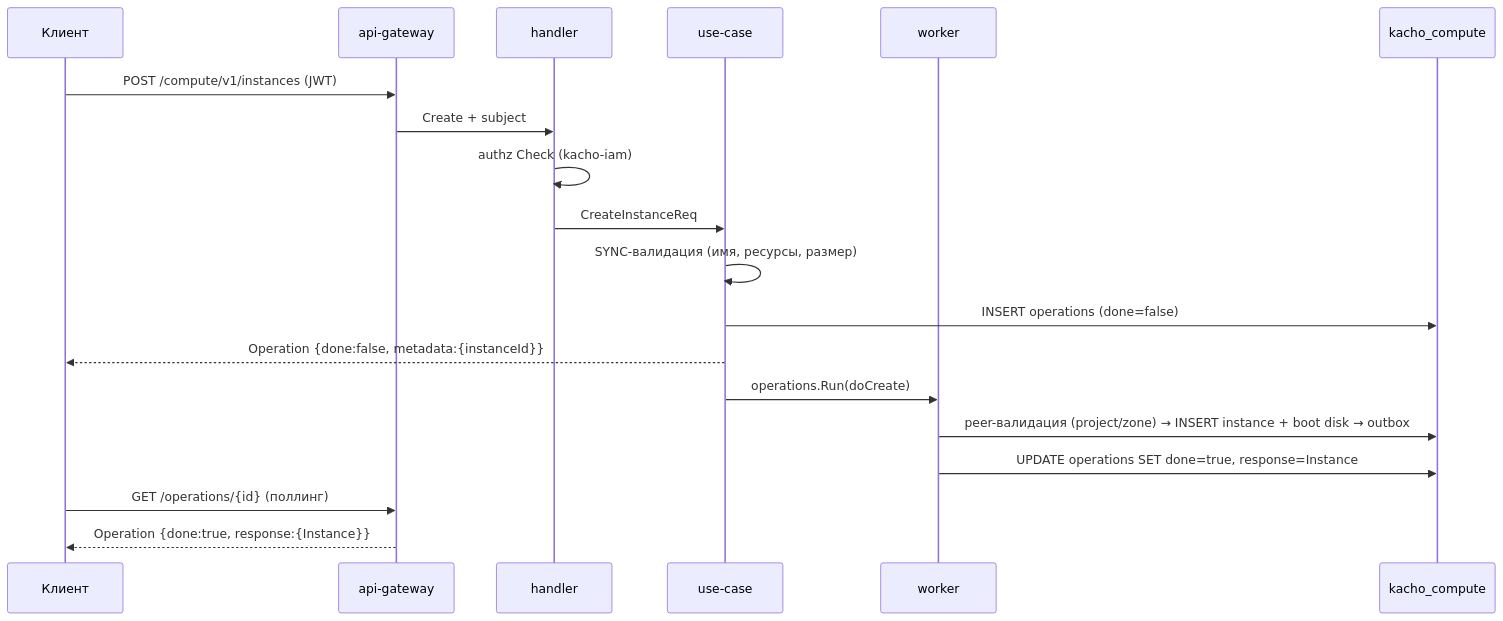
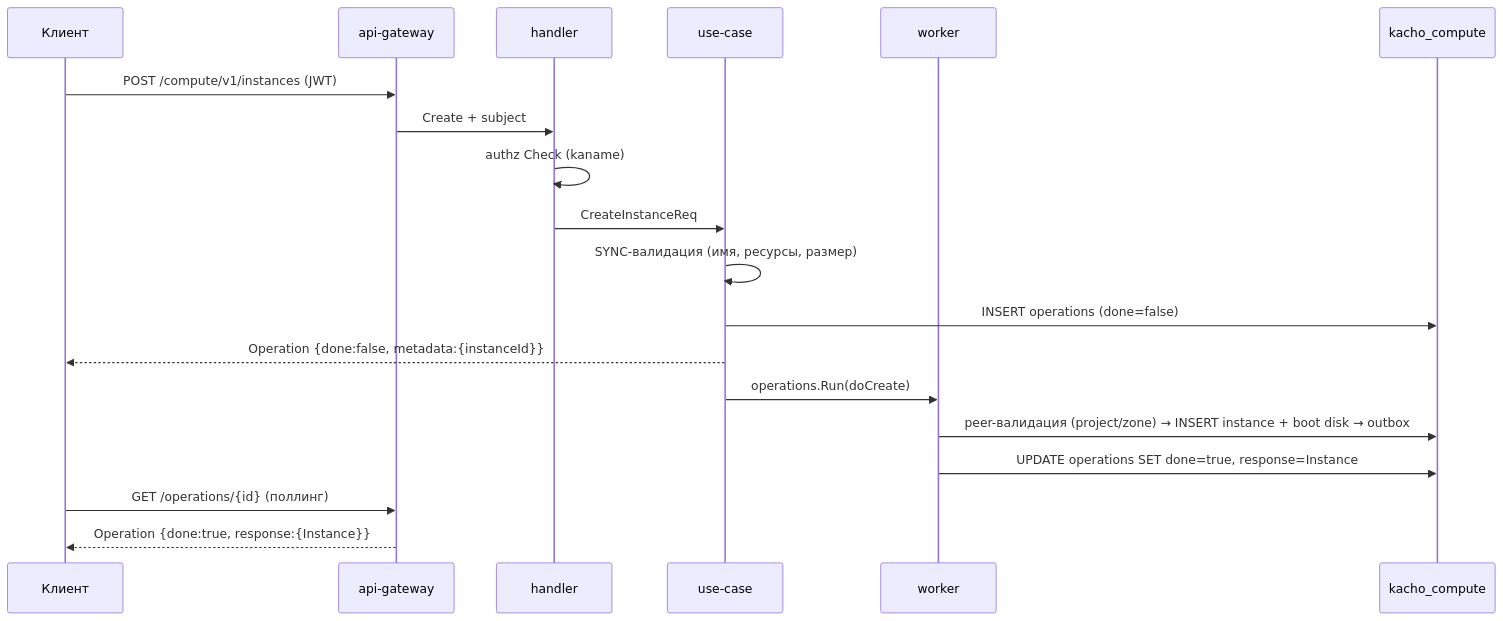
The third of 3 diagrams in services/compute/docs/content/architecture/overview.mdx (PRO-Robotech/kacho), drawn with Mermaid before and after one commit. The commit also changed other lines of this file and 5005 other files, not shown here.

````diff
--- a/services/compute/docs/content/architecture/overview.mdx
+++ b/services/compute/docs/content/architecture/overview.mdx
@@ -86,21 +86,21 @@
 ```mermaid
 sequenceDiagram
   participant C as Клиент
   participant G as api-gateway
   participant H as handler
   participant S as use-case
   participant W as worker
   participant DB as kacho_compute
   C->>G: POST /compute/v1/instances (JWT)
   G->>H: Create + subject
-  H->>H: authz Check (kacho-iam)
+  H->>H: authz Check (kaname)
   H->>S: CreateInstanceReq
   S->>S: SYNC-валидация (имя, ресурсы, размер)
   S->>DB: INSERT operations (done=false)
   S-->>C: Operation {done:false, metadata:{instanceId}}
   S->>W: operations.Run(doCreate)
   W->>DB: peer-валидация (project/zone) → INSERT instance + boot disk → outbox
   W->>DB: UPDATE operations SET done=true, response=Instance
   C->>G: GET /operations/{id} (поллинг)
   G-->>C: Operation {done:true, response:{Instance}}
 ```
````
